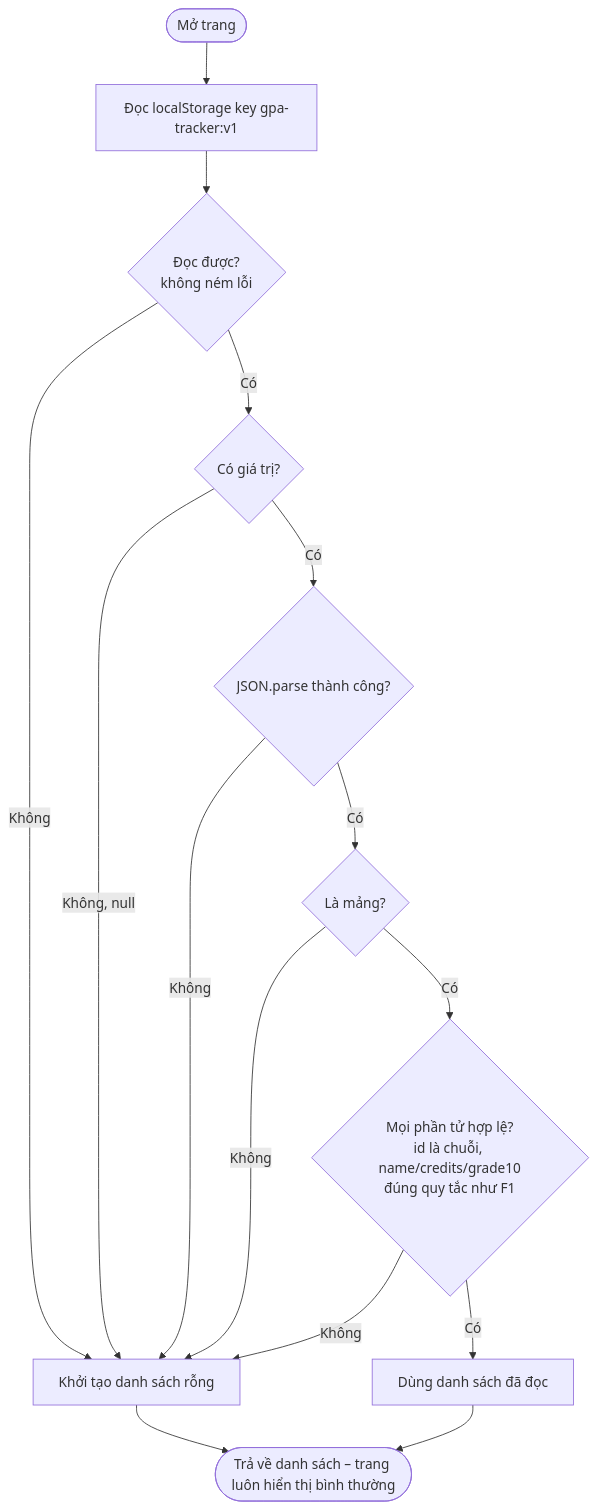
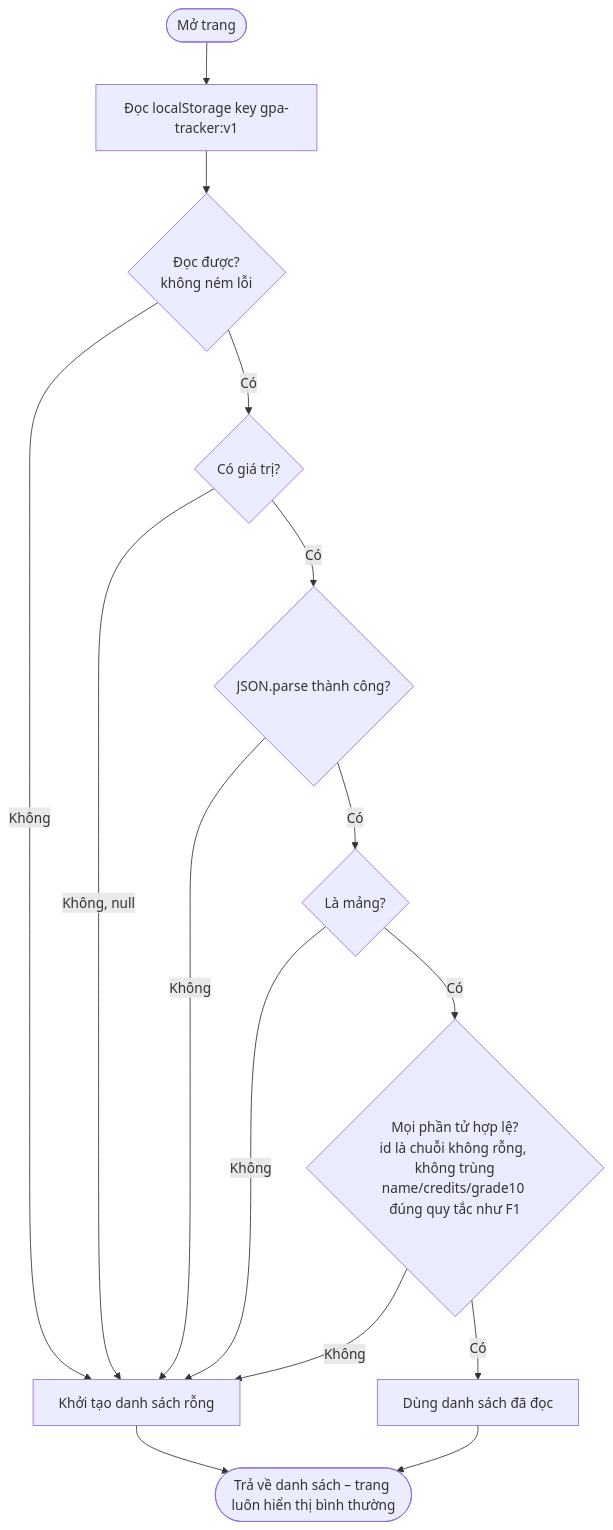
Before and after one commit to dat-gocode/repocuadat: the eighth of 10 diagrams in docs/flows.md, drawn with Mermaid. The commit also changed other lines of this file and 7 other files, not shown here.

````diff
--- a/docs/flows.md
+++ b/docs/flows.md
@@ -216,17 +216,17 @@
 ```mermaid
 flowchart TD
     A([Mở trang]) --> B[Đọc localStorage key gpa-tracker:v1]
     B --> C{Đọc được?<br/>không ném lỗi}
     C -->|Không| R[Khởi tạo danh sách rỗng]
     C -->|Có| D{Có giá trị?}
     D -->|Không, null| R
     D -->|Có| E{JSON.parse thành công?}
     E -->|Không| R
     E -->|Có| F{Là mảng?}
     F -->|Không| R
-    F -->|Có| G{Mọi phần tử hợp lệ?<br/>id là chuỗi, name/credits/grade10<br/>đúng quy tắc như F1}
+    F -->|Có| G{Mọi phần tử hợp lệ?<br/>id là chuỗi không rỗng, không trùng<br/>name/credits/grade10 đúng quy tắc như F1}
     G -->|Không| R
     G -->|Có| H[Dùng danh sách đã đọc]
     R --> Z([Trả về danh sách – trang luôn hiển thị bình thường])
     H --> Z
 ```
````
